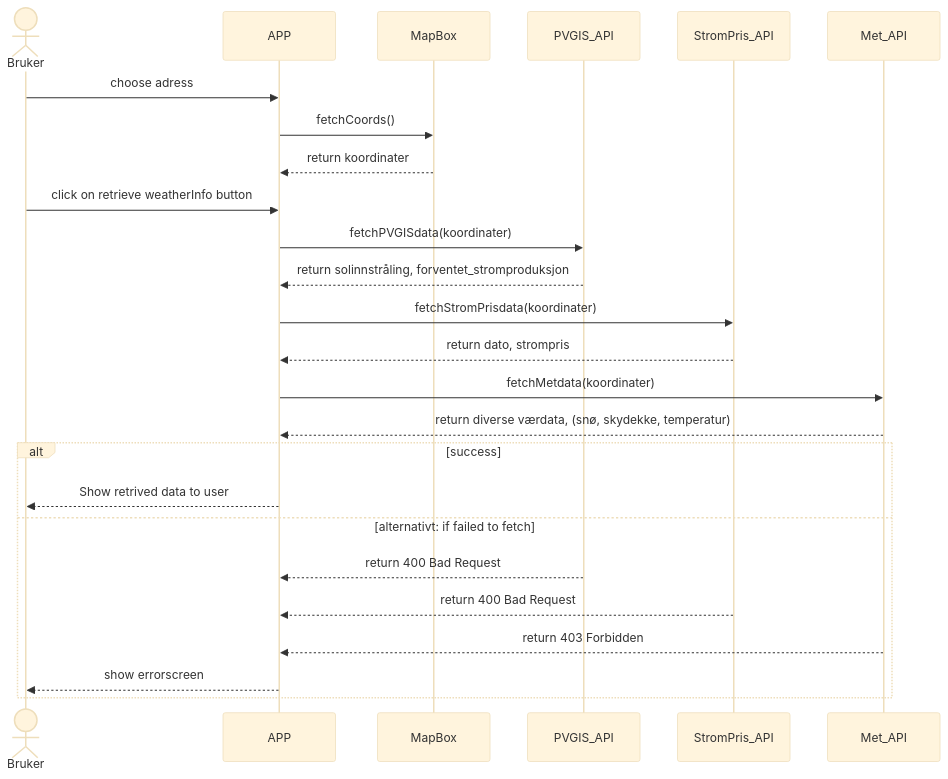
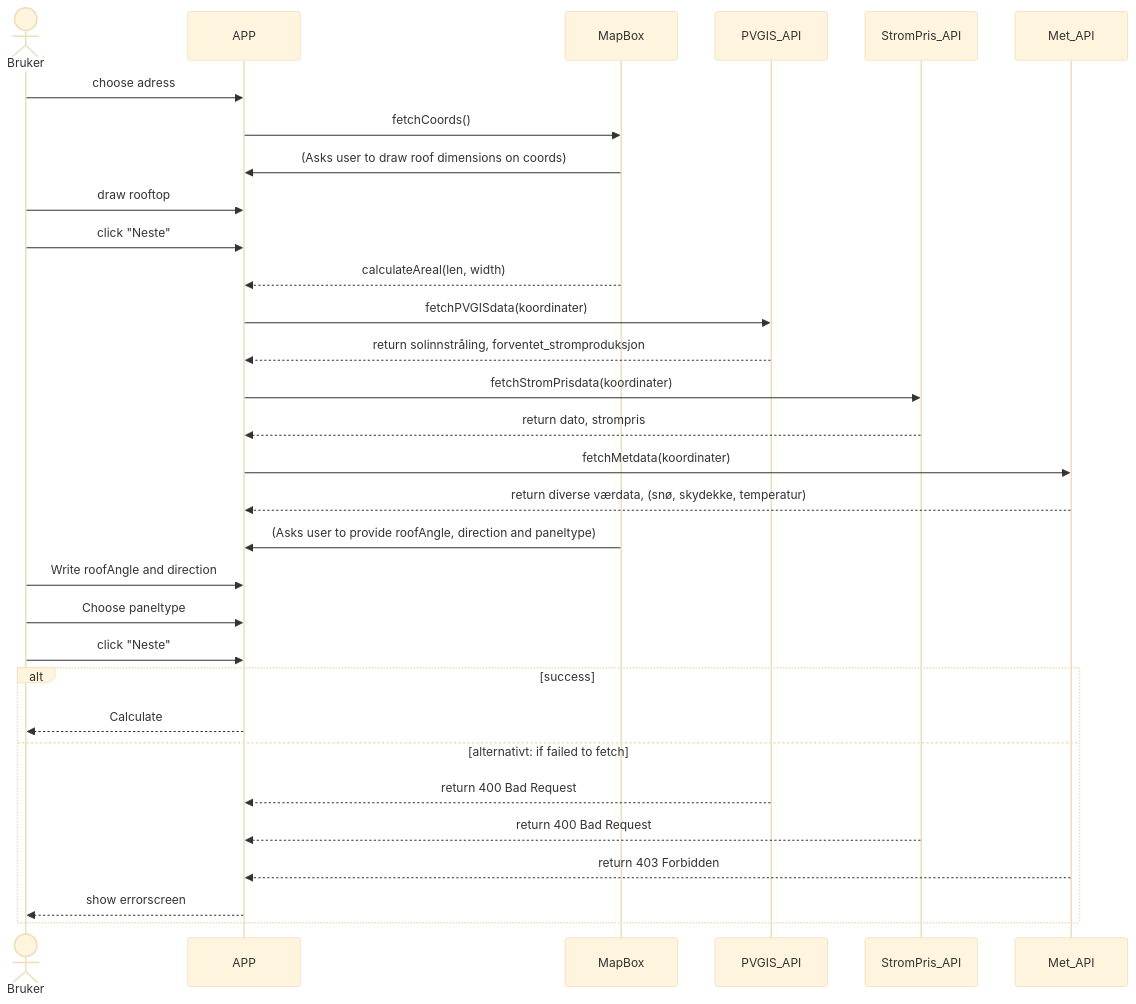
Before and after one commit to niklasanesen/wattsupsun: the diagram in diagrams/dataflyt.md, drawn with Mermaid (base theme). The commit also changed 1 other file, not shown here.

````diff
--- a/diagrams/dataflyt.md
+++ b/diagrams/dataflyt.md
@@ -1,52 +1,54 @@
 ```mermaid
 
 sequenceDiagram
 
     actor Bruker
     participant APP
     participant MapBox
     participant PVGIS_API
     participant StromPris_API
     participant Met_API
 
     Bruker ->> APP: choose adress
     APP ->> MapBox: fetchCoords()
-    MapBox -->> APP: return koordinater
+    MapBox ->> APP: (Asks user to draw roof dimensions on coords)
 
-    
-    Bruker ->> APP: click on retrieve weatherInfo button
+    Bruker ->> APP: draw rooftop
+    Bruker ->> APP: click "Neste"
+
+    MapBox -->> APP: calculateAreal(len, width)
 
     APP ->> PVGIS_API: fetchPVGISdata(koordinater)
     PVGIS_API -->> APP: return solinnstråling, forventet_stromproduksjon
 
     APP ->> StromPris_API: fetchStromPrisdata(koordinater)
     StromPris_API -->> APP: return dato, strompris
 
     APP ->> Met_API: fetchMetdata(koordinater)
     Met_API -->> APP: return diverse værdata, (snø, skydekke, temperatur)
 
+    MapBox ->> APP: (Asks user to provide roofAngle, direction and paneltype)
+
+    Bruker ->> APP: Write roofAngle and direction
+    Bruker ->> APP: Choose paneltype
+    Bruker ->> APP: click "Neste"
+
     
 
     alt success
-        APP -->> Bruker: Show retrived data to user
+        APP -->> Bruker: Calculate
 
     else alternativt: if failed to fetch
 
         PVGIS_API -->> APP: return 400 Bad Request
 
         StromPris_API -->> APP: return 400 Bad Request
 
         Met_API -->> APP: return 403 Forbidden
 
         APP -->> Bruker: show errorscreen
 
     end
 
 
-
-
-    
-
-
-
 ```
````
